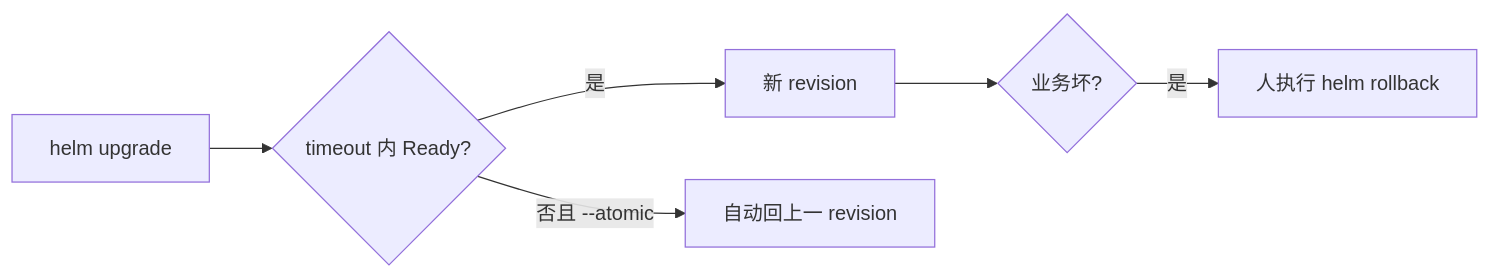
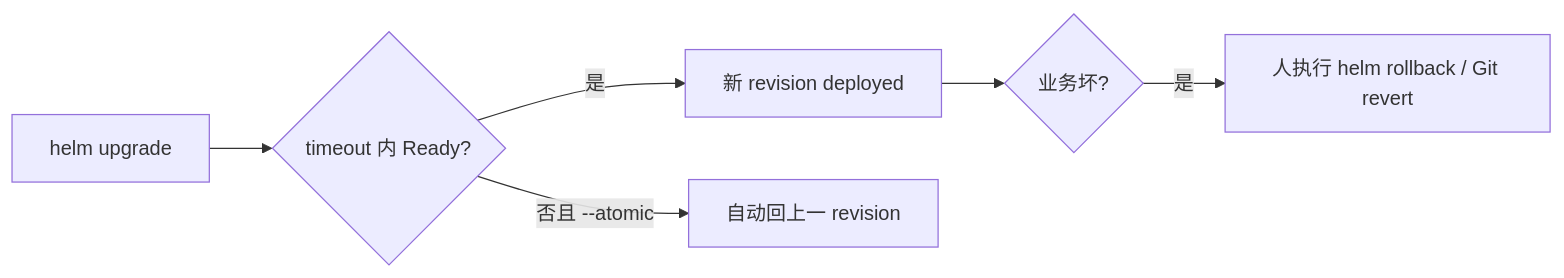
Before and after one commit to ml-cuizijun/LearnToLilith: the second of 4 diagrams in 03-Kubernetes/22-Helm与Kustomize/知识点.md, drawn with Mermaid. The commit also changed other lines of this file and 178 other files, not shown here.

````diff
--- a/03-Kubernetes/22-Helm与Kustomize/知识点.md
+++ b/03-Kubernetes/22-Helm与Kustomize/知识点.md
@@ -243,11 +150,8 @@
 ```mermaid
 flowchart LR
     A[helm upgrade] --> B{timeout 内 Ready?}
-    B -->|是| C[新 revision]
+    B -->|是| C[新 revision deployed]
     B -->|否且 --atomic| D[自动回上一 revision]
     C --> E{业务坏?}
-    E -->|是| F[人执行 helm rollback]
-
-    class C,F ok
-    class D bad
+    E -->|是| F[人执行 helm rollback / Git revert]
 ```
````
